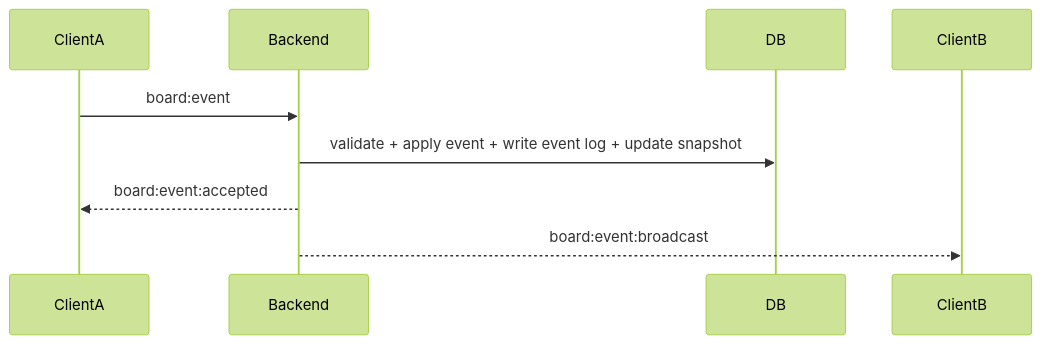
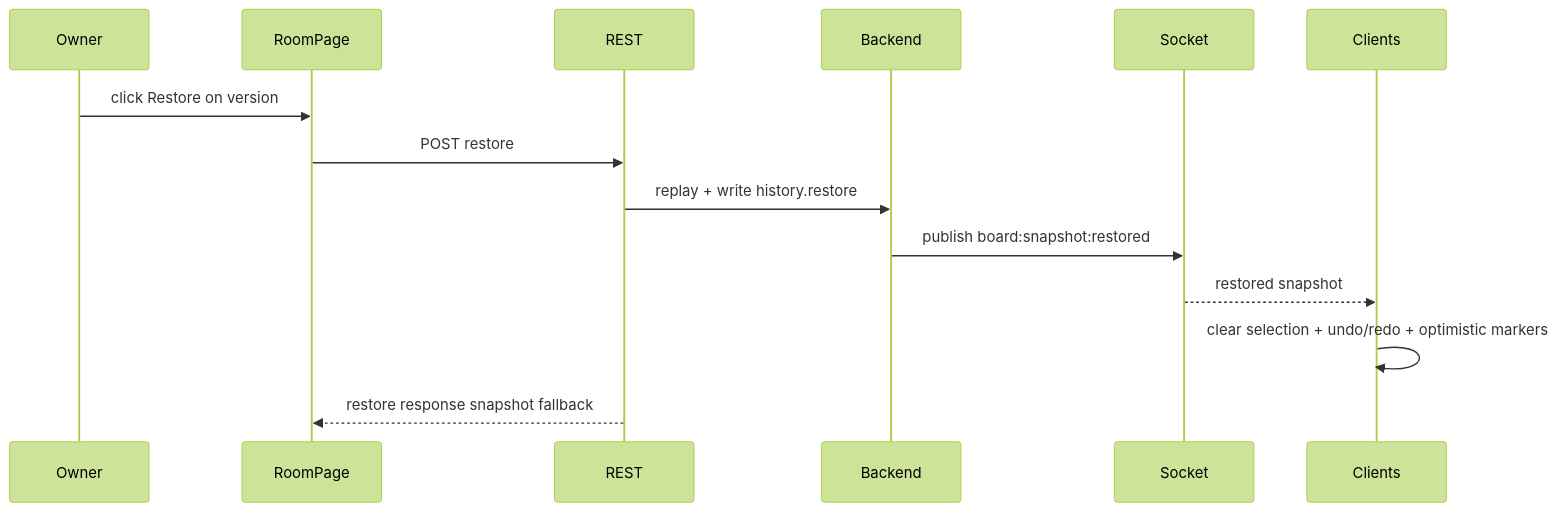
Before and after one commit to phapsucongu/white-board: diagram 17 of 19 in REPO_REPORT.md, drawn with Mermaid (forest theme). The commit also changed other lines of this file, not shown here.

````diff
--- a/REPO_REPORT.md
+++ b/REPO_REPORT.md
@@ -505,12 +800,17 @@
 ```mermaid
 sequenceDiagram
-    participant ClientA
-    participant Backend
-    participant DB
-    participant ClientB
+  participant Owner
+  participant RoomPage
+  participant REST
+  participant Backend
+  participant Socket
+  participant Clients
 
-    ClientA->>Backend: board:event
-    Backend->>DB: validate + apply event + write event log + update snapshot
-    Backend-->>ClientA: board:event:accepted
-    Backend-->>ClientB: board:event:broadcast
+  Owner->>RoomPage: click Restore on version
+  RoomPage->>REST: POST restore
+  REST->>Backend: replay + write history.restore
+  Backend->>Socket: publish board:snapshot:restored
+  Socket-->>Clients: restored snapshot
+  Clients->>Clients: clear selection + undo/redo + optimistic markers
+  REST-->>RoomPage: restore response snapshot fallback
 ```
````
